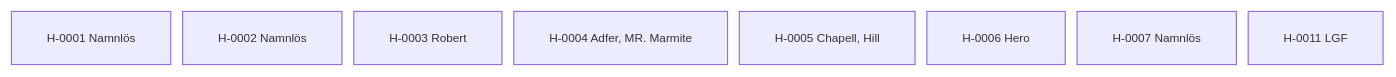
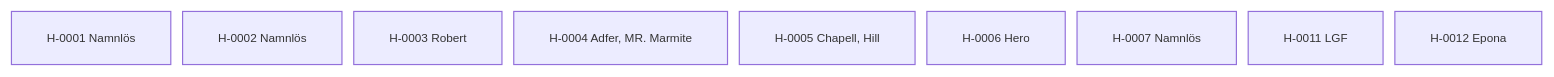
Before and after one commit to awoltmp/horse-registry: the diagram in content/02. Register/02.3 Stamtavlor/Fristående hästar.md, drawn with Mermaid. The commit also changed other lines of this file and 46 other files, not shown here.

````diff
--- a/content/02. Register/02.3 Stamtavlor/Fristående hästar.md
+++ b/content/02. Register/02.3 Stamtavlor/Fristående hästar.md
@@ -26,13 +26,14 @@
 ```mermaid
 %%{init: {"flowchart": {"nodeSpacing": 10, "rankSpacing": 18, "curve": "basis", "htmlLabels": true}, "themeVariables": {"fontSize": "10px"}}}%%
 flowchart TB
     h0["H-0001 Namnlös"]
     h1["H-0002 Namnlös"]
     h2["H-0003 Robert"]
     h3["H-0004 Adfer, MR. Marmite"]
     h4["H-0005 Chapell, Hill"]
     h5["H-0006 Hero"]
     h6["H-0007 Namnlös"]
     h7["H-0011 LGF"]
-    class h0,h1,h2,h3,h4,h5,h6,h7 internal-link;
+    h8["H-0012 Epona"]
+    class h0,h1,h2,h3,h4,h5,h6,h7,h8 internal-link;
 ```
````
